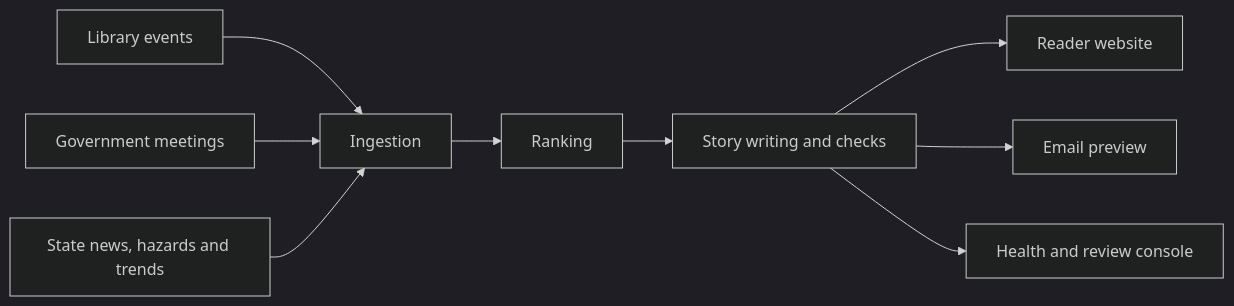
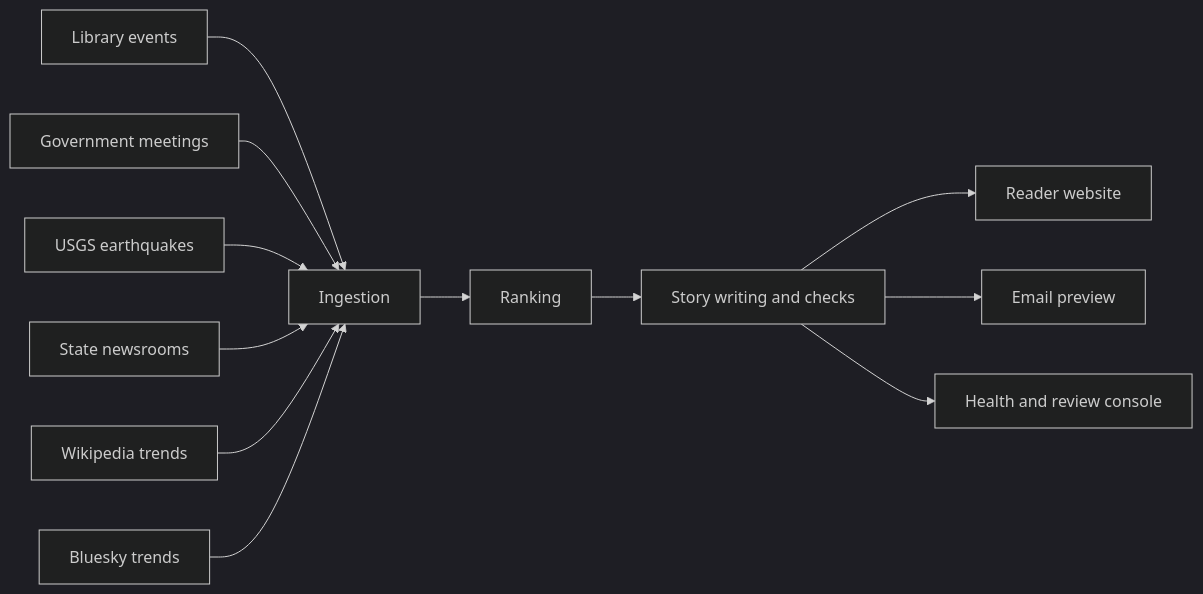
The diagram in README.md (vbafnaa/NewsBee), drawn with Mermaid (dark theme) before and after one commit. The commit also changed other lines of this file and 4 other files, not shown here.

````diff
--- a/README.md
+++ b/README.md
@@ -13,10 +13,13 @@
 ```mermaid
 flowchart LR
   Library[Library events] --> Ingest[Ingestion]
   Meetings[Government meetings] --> Ingest
-  Wider[State news, hazards and trends] --> Ingest
+  USGS[USGS earthquakes] --> Ingest
+  StateNews[State newsrooms] --> Ingest
+  Wikipedia[Wikipedia trends] --> Ingest
+  Bluesky[Bluesky trends] --> Ingest
   Ingest --> Rank[Ranking] --> Write[Story writing and checks]
   Write --> Site[Reader website]
   Write --> Email[Email preview]
   Write --> Console[Health and review console]
 ```
````
